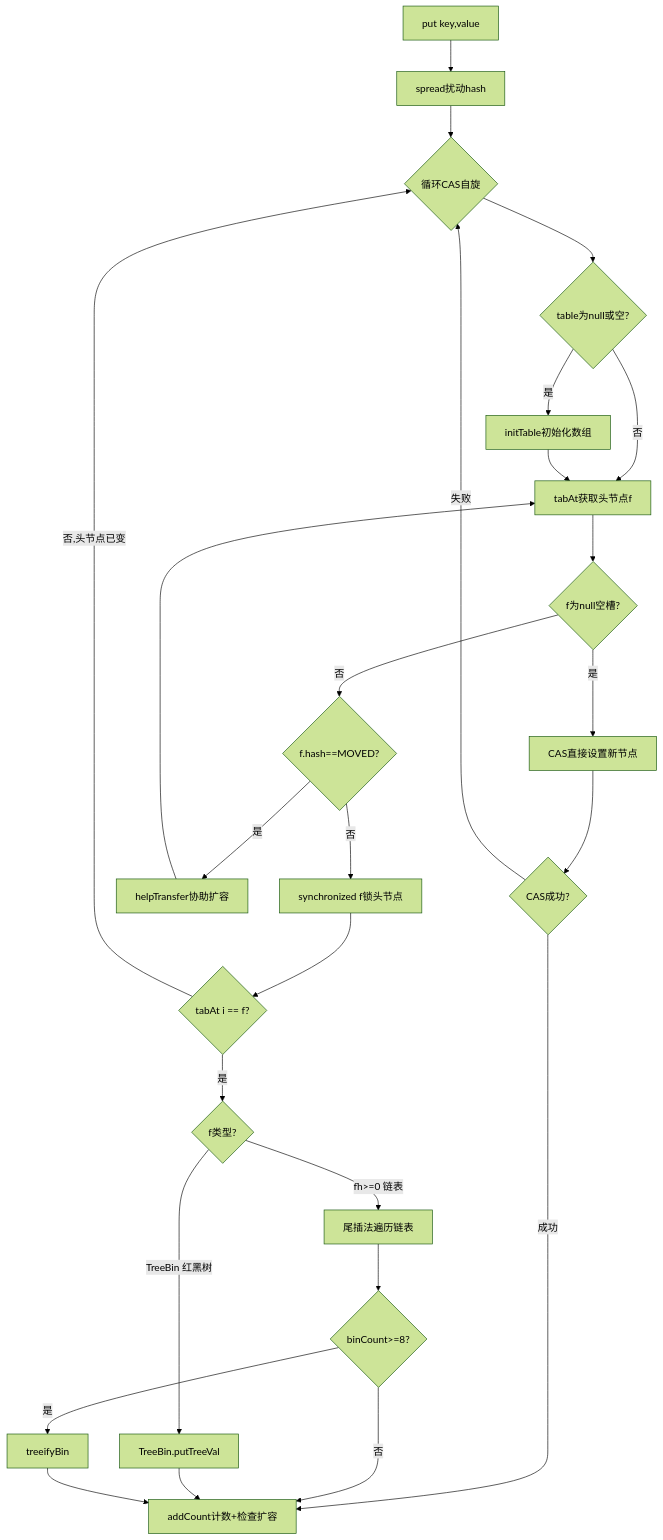
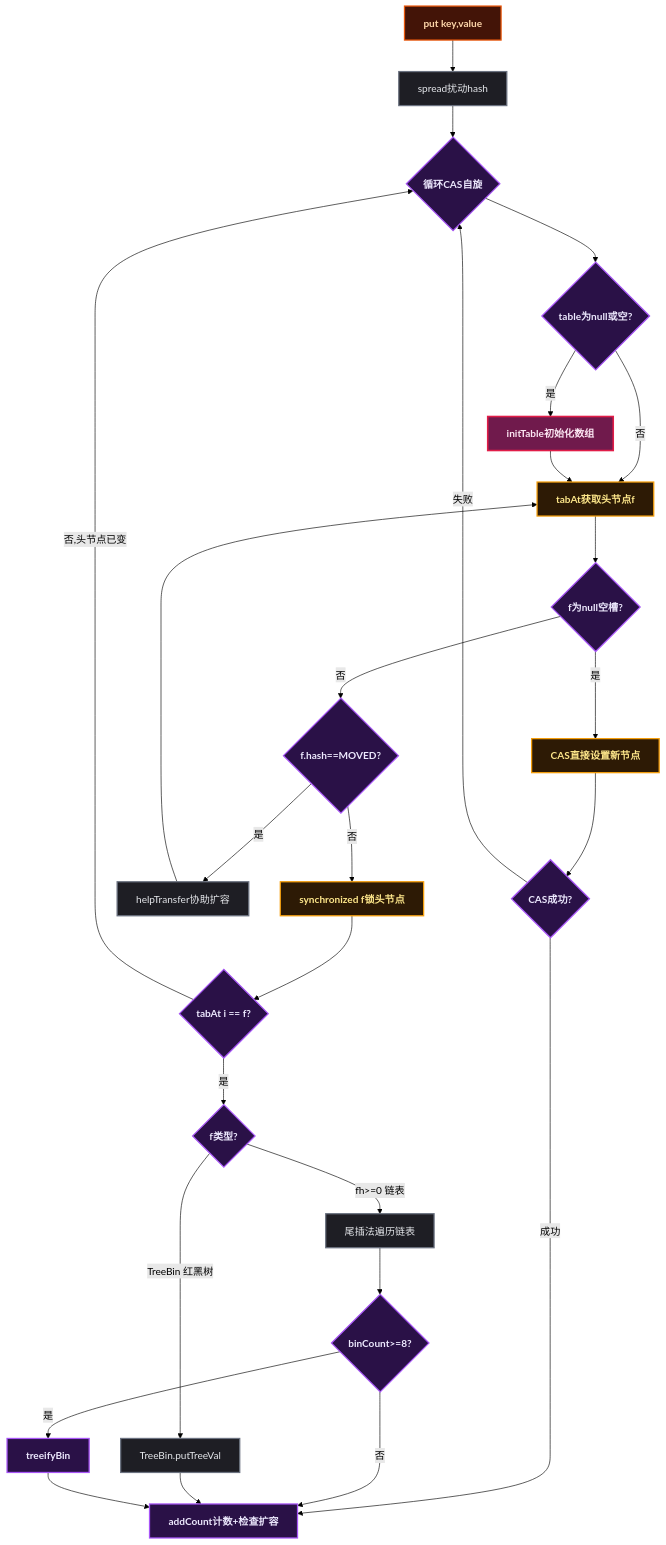
Before and after one commit to yaocat55/yaocat55.github.io: the fourth of 7 diagrams in content/posts/concurrency/ConcurrentHashMap.md, drawn with Mermaid (forest theme). The commit also changed other lines of this file and 155 other files, not shown here.

````diff
--- a/content/posts/concurrency/ConcurrentHashMap.md
+++ b/content/posts/concurrency/ConcurrentHashMap.md
@@ -314,28 +332,40 @@
 ```mermaid
 flowchart TD
+%% 半暗底色 + 高亮描边：完美适配博客深色/浅色双主题 %%
+classDef condition fill:#2a1147,stroke:#a855f7,stroke-width:2px,color:#ede9fe,font-weight:bold;
+classDef branch fill:#2d1a05,stroke:#f59e0b,stroke-width:2px,color:#fde68a,font-weight:bold;
+classDef process fill:#1e1e24,stroke:#6b7280,stroke-width:2px,color:#e5e7eb;
+classDef startEnd fill:#701a4c,stroke:#e11d48,stroke-width:2.5px,color:#fce7f3,font-weight:bold;
+classDef highlight fill:#431407,stroke:#ea580c,stroke-width:2px,color:#fed7aa,font-weight:bold;
     START[put key,value] --> SPREAD[spread扰动hash]
     SPREAD --> LOOP{循环CAS自旋}
     LOOP --> CHECK_NULL{table为null或空?}
     CHECK_NULL -->|是| INIT[initTable初始化数组]
     CHECK_NULL -->|否| GET_F[tabAt获取头节点f]
     INIT --> GET_F
     GET_F --> CHECK_EMPTY{f为null空槽?}
     CHECK_EMPTY -->|是| CAS_SET[CAS直接设置新节点]
     CAS_SET --> CAS_RESULT{CAS成功?}
     CAS_RESULT -->|成功| ADD_COUNT
     CAS_RESULT -->|失败| LOOP
     CHECK_EMPTY -->|否| CHECK_MOVED{f.hash==MOVED?}
     CHECK_MOVED -->|是| HELP[helpTransfer协助扩容]
     HELP --> GET_F
     CHECK_MOVED -->|否| LOCK[synchronized f锁头节点]
     LOCK --> RECHECK{tabAt i == f?}
     RECHECK -->|否,头节点已变| LOOP
     RECHECK -->|是| TYPE_CHECK{f类型?}
     TYPE_CHECK -->|fh>=0 链表| LIST_PUT[尾插法遍历链表]
     TYPE_CHECK -->|TreeBin 红黑树| TREE_PUT[TreeBin.putTreeVal]
     LIST_PUT --> CHECK_BIN{binCount>=8?}
     CHECK_BIN -->|是| TREEIFY[treeifyBin]
     CHECK_BIN -->|否| ADD_COUNT[addCount计数+检查扩容]
     TREE_PUT --> ADD_COUNT
     TREEIFY --> ADD_COUNT
+
+class CAS_SET,GET_F,LOCK branch;
+class ADD_COUNT,CAS_RESULT,CHECK_BIN,CHECK_EMPTY,CHECK_MOVED,CHECK_NULL,LOOP,RECHECK,TREEIFY,TYPE_CHECK condition;
+class START highlight;
+class HELP,LIST_PUT,SPREAD,TREE_PUT process;
+class INIT startEnd;
 ```
````
